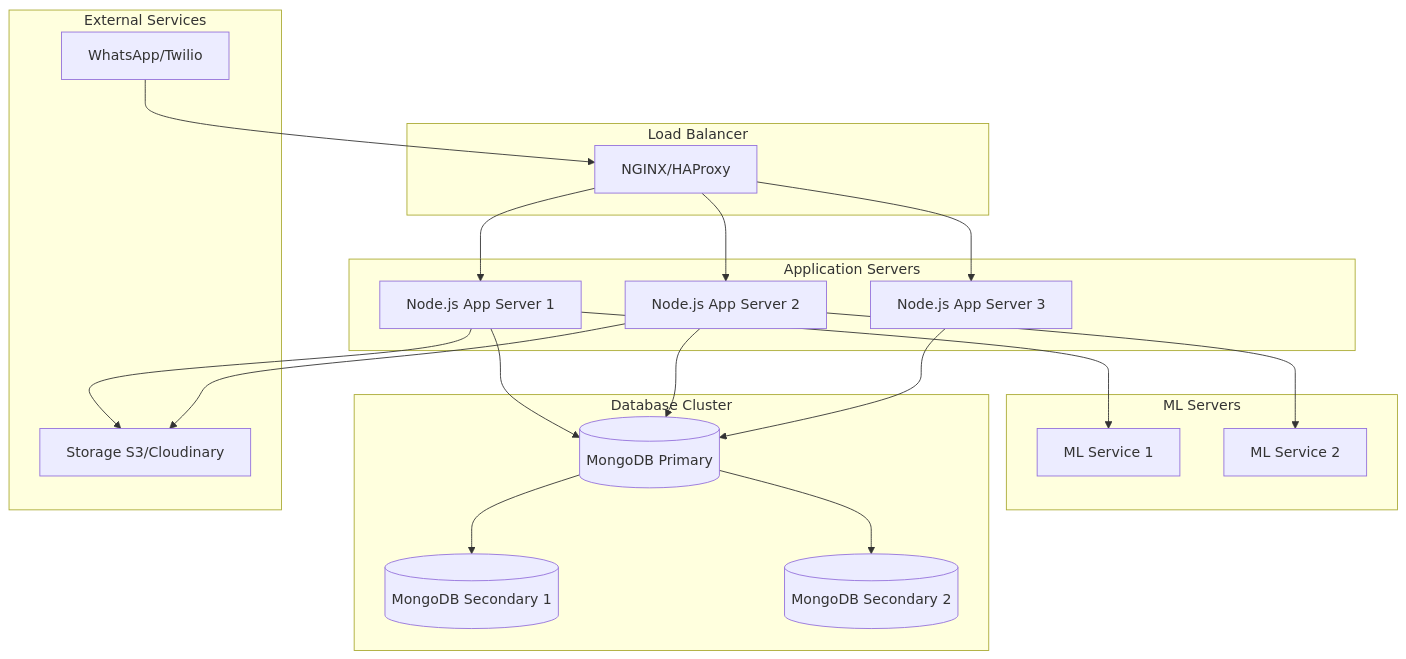
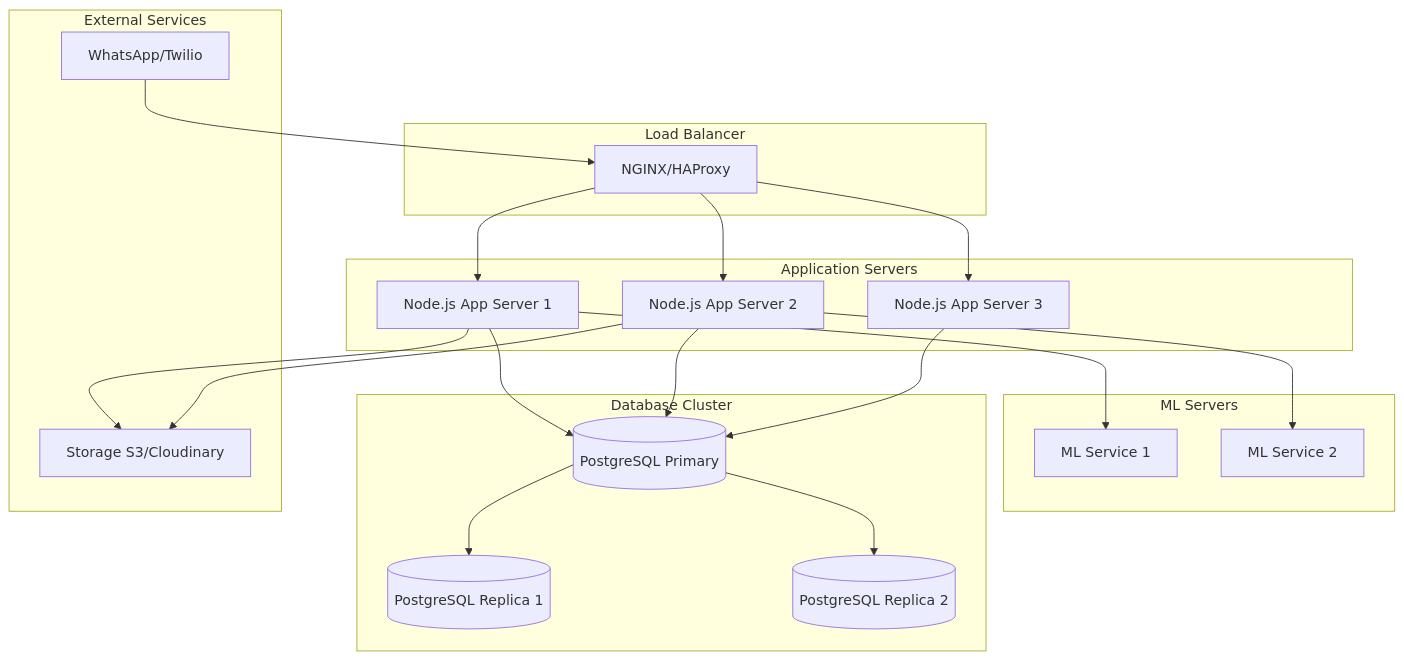
Before and after one commit to iqembulamanzi/frontend_final1: the sixth of 7 diagrams in docs/ARCHITECTURE.md, drawn with Mermaid. The commit also changed other lines of this file and 1415 other files, not shown here.

````diff
--- a/docs/ARCHITECTURE.md
+++ b/docs/ARCHITECTURE.md
@@ -292,46 +459,46 @@
 ```mermaid
 graph TB
     subgraph "Load Balancer"
         LB[NGINX/HAProxy]
     end
 
     subgraph "Application Servers"
         AS1[Node.js App Server 1]
         AS2[Node.js App Server 2]
         AS3[Node.js App Server 3]
     end
 
     subgraph "ML Servers"
         ML1[ML Service 1]
         ML2[ML Service 2]
     end
 
     subgraph "Database Cluster"
-        DB[(MongoDB Primary)]
-        DB1[(MongoDB Secondary 1)]
-        DB2[(MongoDB Secondary 2)]
-    end
+            DB[(PostgreSQL Primary)]
+            DB1[(PostgreSQL Replica 1)]
+            DB2[(PostgreSQL Replica 2)]
+         end
 
     subgraph "External Services"
         WS[WhatsApp/Twilio]
         ST[Storage S3/Cloudinary]
     end
 
     LB --> AS1
     LB --> AS2
     LB --> AS3
 
     AS1 --> DB
     AS2 --> DB
     AS3 --> DB
 
     DB --> DB1
     DB --> DB2
 
     AS1 --> ML1
     AS2 --> ML2
 
     WS --> LB
     AS1 --> ST
     AS2 --> ST
 ```
````
